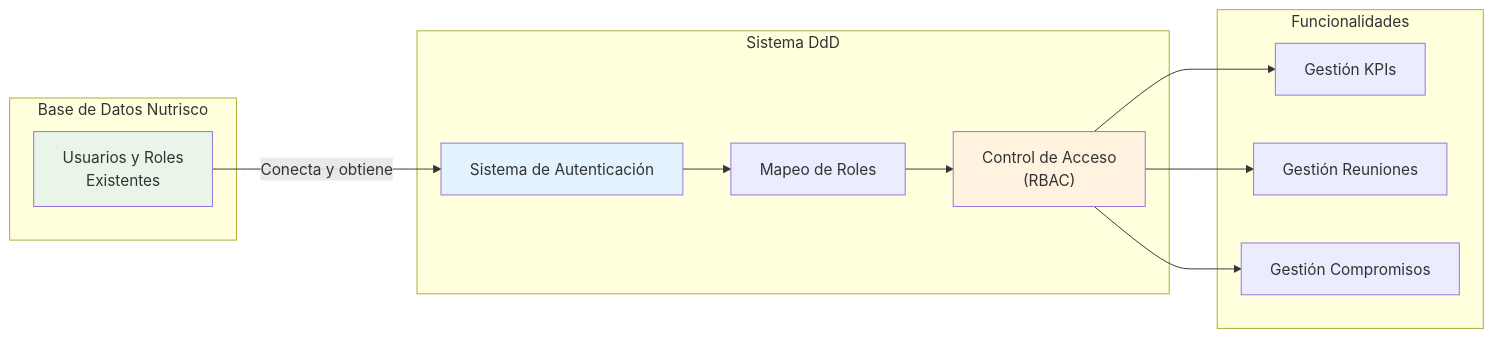
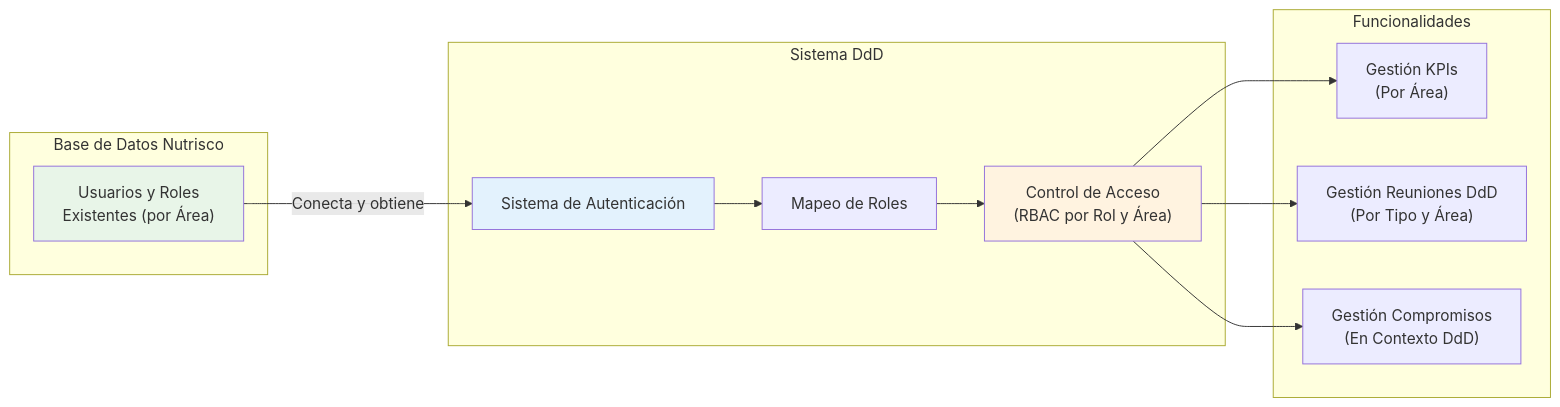
Before and after one commit to ColDev-Colivoro/Proyecto-Estandarizaci-n-normalizacion-Nutrisco: the sixth of 6 diagrams in readmeProductOwner.md, drawn with Mermaid. The commit also changed other lines of this file, not shown here.

Commit message:
feat: enhance README with detailed conceptual diagrams and area-specific KPI management for DdD system

````diff
--- a/readmeProductOwner.md
+++ b/readmeProductOwner.md
@@ -762,29 +826,29 @@
 ```mermaid
 graph LR
   subgraph "Base de Datos Nutrisco"
-    DB_ACTUAL["Usuarios y Roles<br/>Existentes"]
+    DB_ACTUAL["Usuarios y Roles<br/>Existentes (por Área)"]
   end
   
   subgraph "Sistema DdD"
     AUTH["Sistema de Autenticación"]
-    RBAC["Control de Acceso<br/>(RBAC)"]
+    RBAC["Control de Acceso<br/>(RBAC por Rol y Área)"]
     MAPPING["Mapeo de Roles"]
   end
   
   subgraph "Funcionalidades"
-    KPI_MGMT["Gestión KPIs"]
-    MEETING_MGMT["Gestión Reuniones"]
-    COMMITMENT_MGMT["Gestión Compromisos"]
+    KPI_MGMT["Gestión KPIs<br/>(Por Área)"]
+    MEETING_MGMT["Gestión Reuniones DdD<br/>(Por Tipo y Área)"]
+    COMMITMENT_MGMT["Gestión Compromisos<br/>(En Contexto DdD)"]
   end
   
   DB_ACTUAL -->|"Conecta y obtiene"| AUTH
   AUTH --> MAPPING
   MAPPING --> RBAC
   RBAC --> KPI_MGMT
   RBAC --> MEETING_MGMT
   RBAC --> COMMITMENT_MGMT
   
   style DB_ACTUAL fill:#e8f5e8
   style AUTH fill:#e3f2fd
   style RBAC fill:#fff3e0
 ```
````
